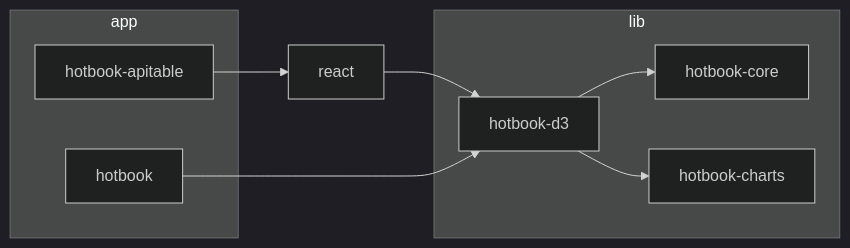
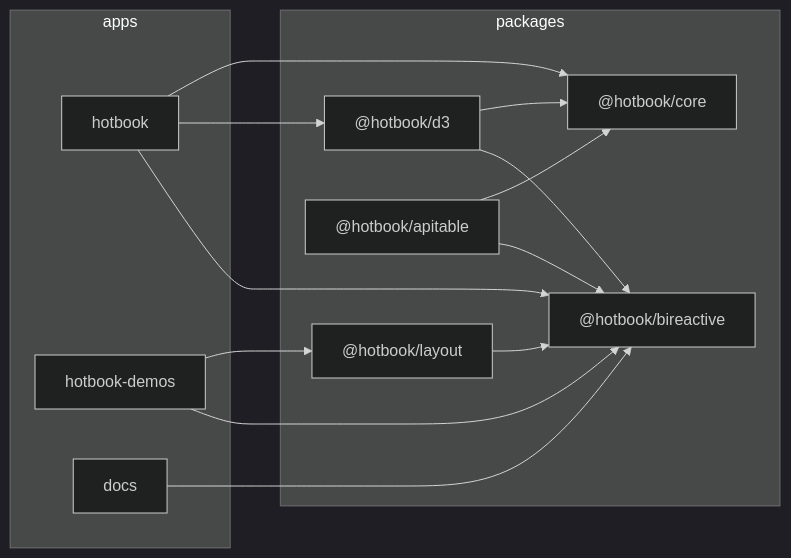
Before and after one commit to WinstonFassett/hotbook: the diagram in README.md, drawn with Mermaid (dark theme). The commit also changed other lines of this file, not shown here.

First line of the commit message:
Update README to reflect current architecture and package structure

````diff
--- a/README.md
+++ b/README.md
@@ -9,18 +11,27 @@
 ```mermaid
 graph LR
-  subgraph lib["lib"]
-    core["hotbook-core"]
-    charts["hotbook-charts"]
-    vanilla["hotbook-d3"]
+  subgraph packages["packages"]
+    core["@hotbook/core"]
+    bireactive["@hotbook/bireactive"]
+    d3["@hotbook/d3"]
+    layout["@hotbook/layout"]
+    apitable["@hotbook/apitable"]
   end
-  subgraph app["app"]
-    apitable["hotbook-apitable"]
+  subgraph apps["apps"]
     hotbook["hotbook"]
+    demos["hotbook-demos"]
+    docs["docs"]
   end
 
-  vanilla --> core
-  vanilla --> charts
-  react --> vanilla
-  apitable --> react
-  hotbook --> vanilla
+  d3 --> bireactive
+  d3 --> core
+  layout --> bireactive
+  apitable --> bireactive
+  apitable --> core
+  hotbook --> bireactive
+  hotbook --> d3
+  hotbook --> core
+  demos --> bireactive
+  demos --> layout
+  docs --> bireactive
 ```
````
